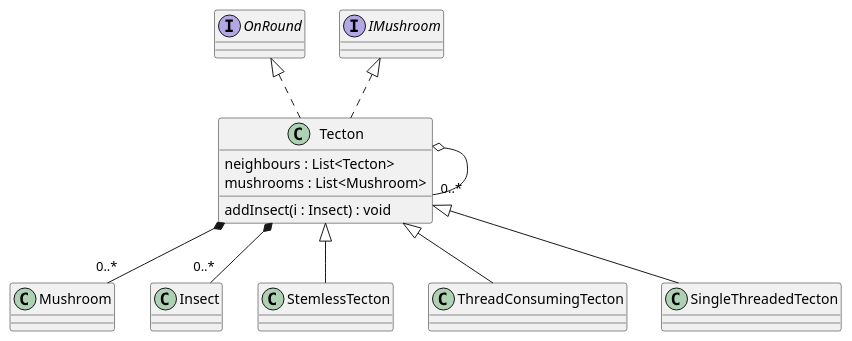
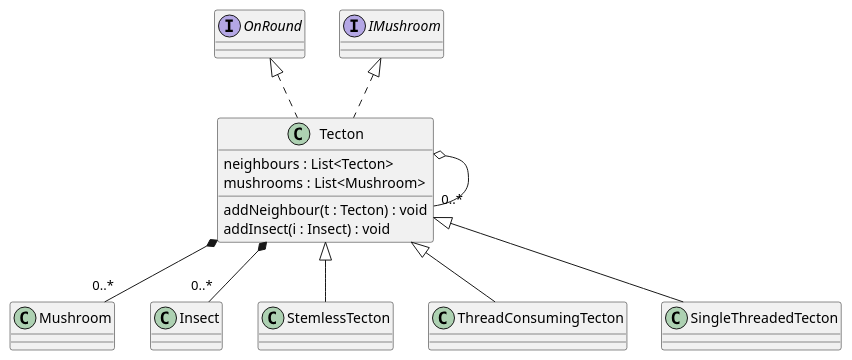
The diagram in 4/classes/tecton.puml (Petya-G/fungorium), drawn with PlantUML before and after one commit. The commit also changed 3 other files, not shown here.

```diff
--- a/4/classes/tecton.puml
+++ b/4/classes/tecton.puml
@@ -1,15 +1,16 @@
 @startuml tecton
 
 Tecton *-- "0..*" Mushroom
 Tecton *-- "0..*" Insect
 Tecton o-- "0..*" Tecton
 class Tecton implements OnRound, IMushroom{
     neighbours : List<Tecton>
     mushrooms : List<Mushroom>
+    addNeighbour(t : Tecton) : void
     addInsect(i : Insect) : void
 }
 
 class StemlessTecton extends Tecton {}
 class ThreadConsumingTecton extends Tecton {}
 class SingleThreadedTecton extends Tecton {}
 @enduml
```
